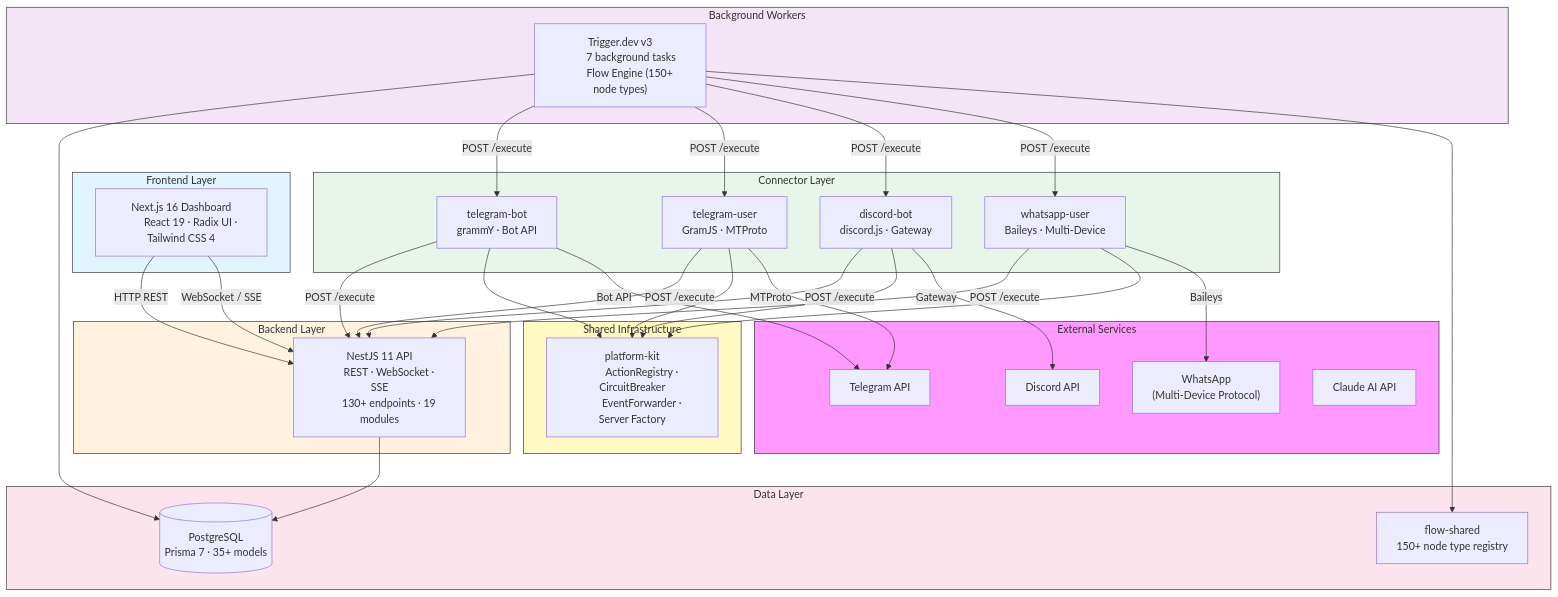
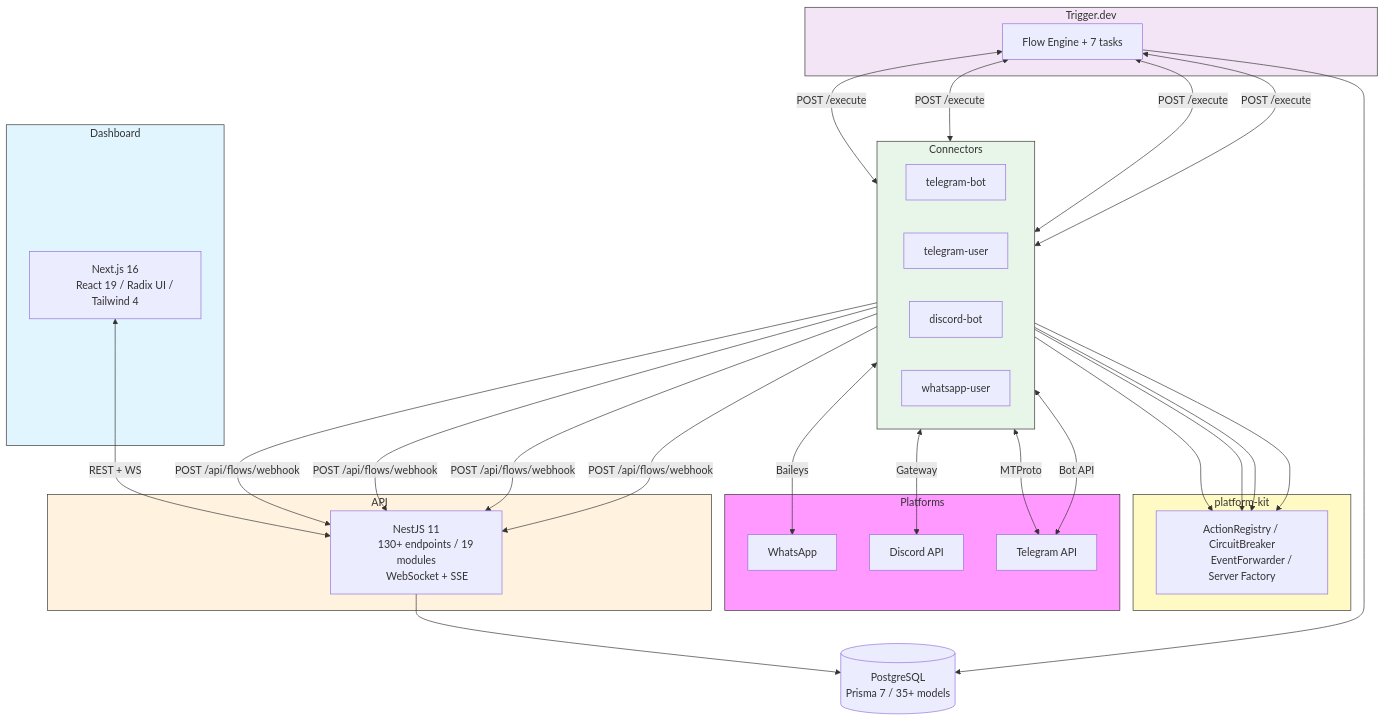
The first of 9 diagrams in README.md (kolezka/flowbot), drawn with Mermaid before and after one commit. The commit also changed other lines of this file, not shown here.

Commit message:
docs: rewrite README.md 2.0 with mermaid diagrams throughout

````diff
--- a/README.md
+++ b/README.md
@@ -73,85 +38,59 @@
 ```mermaid
 graph TB
-    subgraph External["External Services"]
+    subgraph Platforms["Platforms"]
         TG["Telegram API"]
         DC["Discord API"]
-        WA["WhatsApp
-        (Multi-Device Protocol)"]
-        AI["Claude AI API"]
+        WA["WhatsApp"]
     end
 
-    subgraph Frontend["Frontend Layer"]
-        FE["Next.js 16 Dashboard
-        React 19 · Radix UI · Tailwind CSS 4"]
+    subgraph Dashboard["Dashboard"]
+        FE["Next.js 16
+        React 19 / Radix UI / Tailwind 4"]
     end
 
-    subgraph Backend["Backend Layer"]
-        API["NestJS 11 API
-        REST · WebSocket · SSE
-        130+ endpoints · 19 modules"]
+    subgraph API["API"]
+        NEST["NestJS 11
+        130+ endpoints / 19 modules
+        WebSocket + SSE"]
     end
 
-    subgraph Connectors["Connector Layer"]
-        TG_BOT["telegram-bot
-        grammY · Bot API"]
-        TG_USER["telegram-user
-        GramJS · MTProto"]
-        DC_BOT["discord-bot
-        discord.js · Gateway"]
-        WA_USER["whatsapp-user
-        Baileys · Multi-Device"]
+    subgraph Connectors["Connectors"]
+        direction LR
+        TGB["telegram-bot"]
+        TGU["telegram-user"]
+        DCB["discord-bot"]
+        WAU["whatsapp-user"]
     end
 
-    subgraph SharedInfra["Shared Infrastructure"]
-        PK["platform-kit
-        ActionRegistry · CircuitBreaker
-        EventForwarder · Server Factory"]
+    subgraph Shared["platform-kit"]
+        PK["ActionRegistry / CircuitBreaker
+        EventForwarder / Server Factory"]
     end
 
-    subgraph Workers["Background Workers"]
-        TRIGGER["Trigger.dev v3
-        7 background tasks
-        Flow Engine (150+ node types)"]
+    subgraph Jobs["Trigger.dev"]
+        TR["Flow Engine + 7 tasks"]
     end
 
-    subgraph Data["Data Layer"]
-        DB[("PostgreSQL
-        Prisma 7 · 35+ models")]
-        FS["flow-shared
-        150+ node type registry"]
-    end
+    DB[("PostgreSQL
+    Prisma 7 / 35+ models")]
 
-    FE -->|"HTTP REST"| API
-    FE -->|"WebSocket / SSE"| API
+    FE <-->|"REST + WS"| NEST
+    NEST --> DB
+    TR --> DB
 
-    API --> DB
-    TRIGGER --> DB
+    TGB & TGU & DCB & WAU --> PK
+    TGB <-->|"Bot API"| TG
+    TGU <-->|"MTProto"| TG
+    DCB <-->|"Gateway"| DC
+    WAU <-->|"Baileys"| WA
 
-    TG_BOT -->|"POST /execute"| API
-    TG_USER -->|"POST /execute"| API
-    DC_BOT -->|"POST /execute"| API
-    WA_USER -->|"POST /execute"| API
+    TR <-->|"POST /execute"| TGB & TGU & DCB & WAU
+    TGB & TGU & DCB & WAU -->|"POST /api/flows/webhook"| NEST
 
-    TRIGGER -->|"POST /execute"| TG_BOT
-    TRIGGER -->|"POST /execute"| TG_USER
-    TRIGGER -->|"POST /execute"| DC_BOT
-    TRIGGER -->|"POST /execute"| WA_USER
-    TRIGGER --> FS
-
-    TG_BOT & TG_USER --> PK
-    DC_BOT --> PK
-    WA_USER --> PK
-
-    TG_BOT -->|"Bot API"| TG
-    TG_USER -->|"MTProto"| TG
-    DC_BOT -->|"Gateway"| DC
-    WA_USER -->|"Baileys"| WA
-
-    style External fill:#f9f,stroke:#333,stroke-width:1px
-    style Frontend fill:#e1f5fe,stroke:#333,stroke-width:1px
-    style Backend fill:#fff3e0,stroke:#333,stroke-width:1px
-    style Connectors fill:#e8f5e9,stroke:#333,stroke-width:1px
-    style SharedInfra fill:#fff9c4,stroke:#333,stroke-width:1px
-    style Workers fill:#f3e5f5,stroke:#333,stroke-width:1px
-    style Data fill:#fce4ec,stroke:#333,stroke-width:1px
+    style Platforms fill:#f9f,stroke:#333
+    style Dashboard fill:#e1f5fe,stroke:#333
+    style API fill:#fff3e0,stroke:#333
+    style Connectors fill:#e8f5e9,stroke:#333
+    style Shared fill:#fff9c4,stroke:#333
+    style Jobs fill:#f3e5f5,stroke:#333
 ```
````
